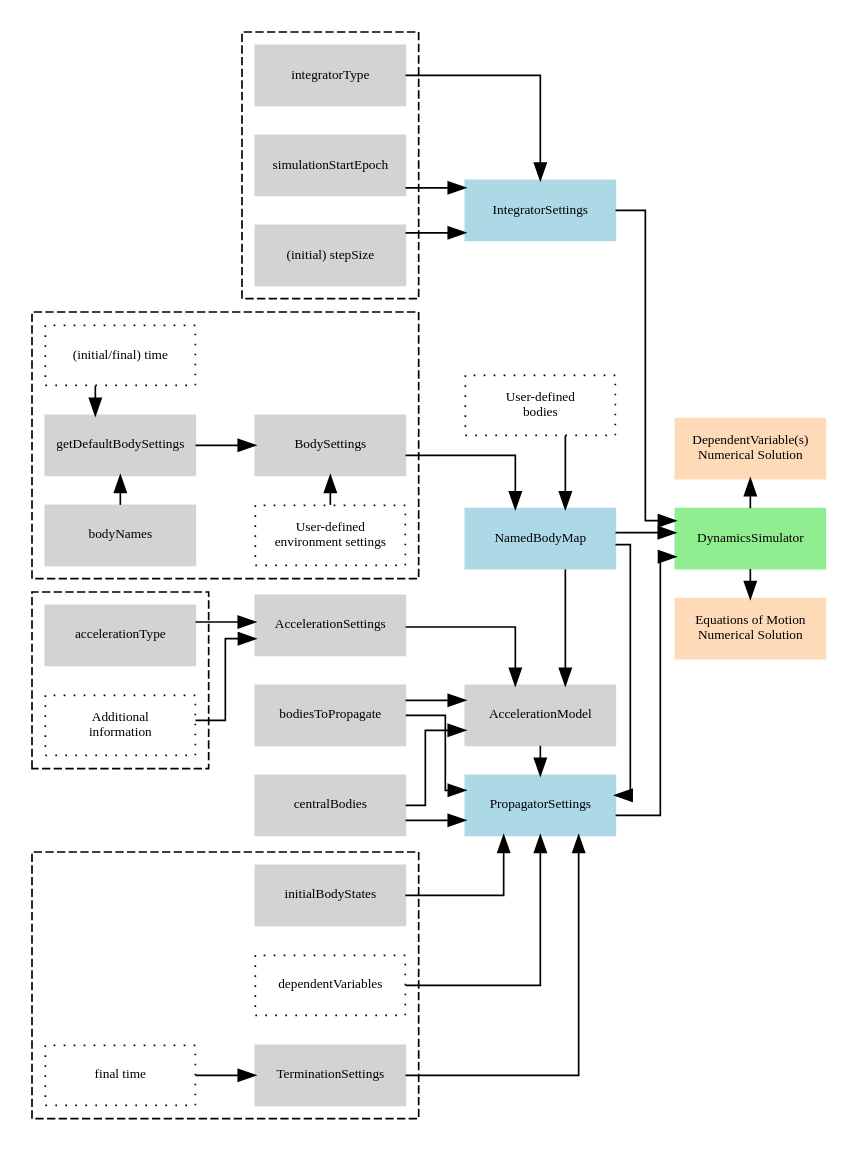
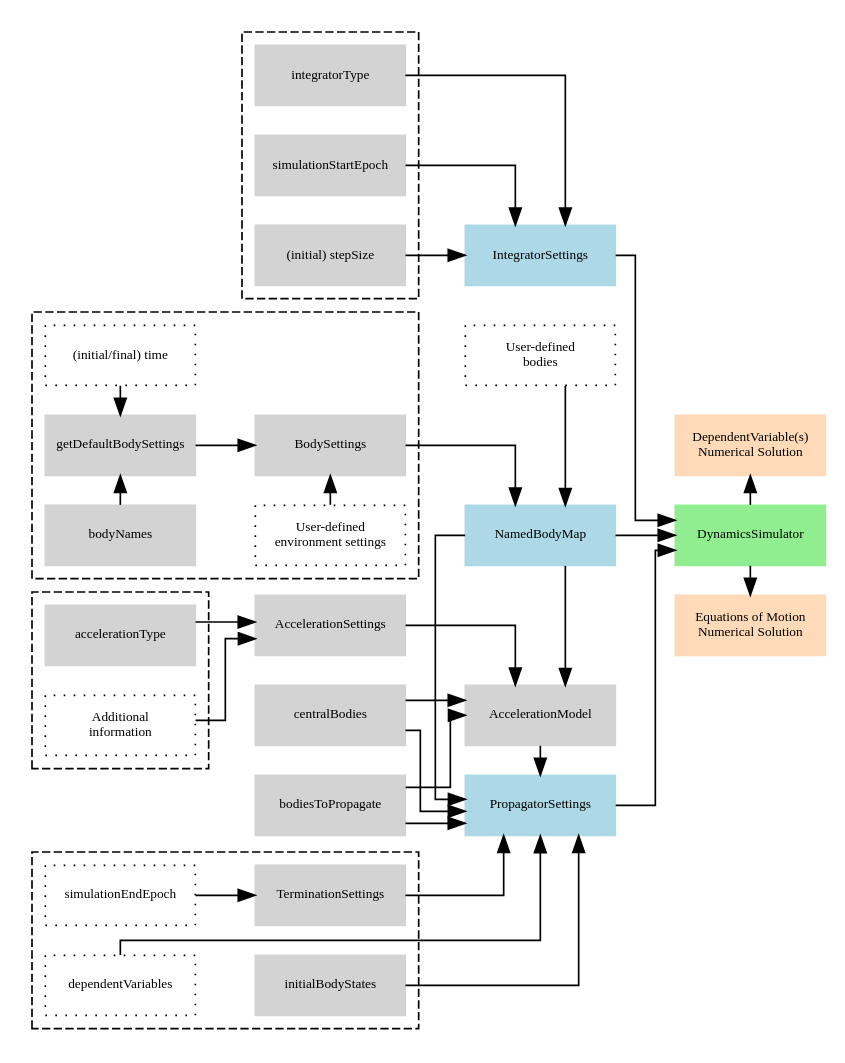
Before and after one commit to Tudat/tudat: the first of 2 diagrams in tutorials/tudatFeatures/index.rst, drawn with Graphviz.

Commit message:
main block diagram opgeniced

```diff
--- a/tutorials/tudatFeatures/index.rst
+++ b/tutorials/tudatFeatures/index.rst
@@ -55,9 +55,9 @@
       {   
          style = dashed;
          dependentVariables [style = dotted , fillcolor = lightgrey, color = black];
-         "final time" -> TerminationSettings;
-         "final time" [style = dotted, fillcolor = lightgrey, color = black];
-         {rank = same; dependentVariables, TerminationSettings, initialBodyStates}
+         "simulationEndEpoch" -> TerminationSettings;
+         "simulationEndEpoch" [style = dotted, fillcolor = lightgrey, color = black];
+         {rank = same; TerminationSettings, initialBodyStates}
 
       }
 
@@ -72,7 +72,6 @@
       BodySettings -> NamedBodyMap;
       "User-defined \nbodies" [style = dotted, fillcolor = lightgrey, color = black];
       "User-defined \nbodies" -> NamedBodyMap;
-      "(initial/final) time" -> "User-defined \nbodies" [style = invis];
 
       subgraph clusterNamedBodyMap
       {   
@@ -119,10 +118,12 @@
       DynamicsSimulator -> "Equations of Motion\nNumerical Solution";
       DynamicsSimulator -> "DependentVariable(s)\nNumerical Solution" [constraint = false];
 
-     
                
       # Define rank and connections of some blocks for positioning 
       {rank = same; PropagatorSettings, IntegratorSettings, NamedBodyMap, AccelerationModel, "User-defined \nbodies" }
       "(initial/final) time" -> simulationStartEpoch [style = invis];		
+      "IntegratorSettings" -> "User-defined \nbodies" [style = invis];
+      "(initial/final) time" -> "User-defined \nbodies" [style = invis];
+      dependentVariables -> initialBodyStates [style = invis];
 
    }
```
